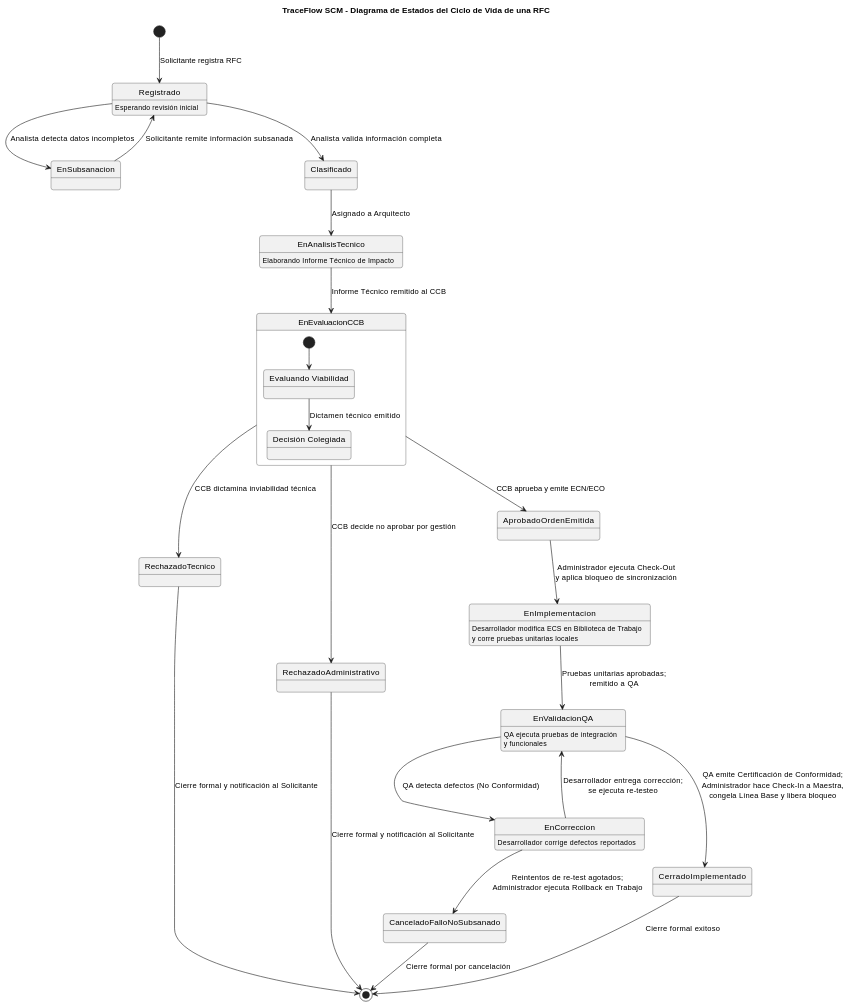
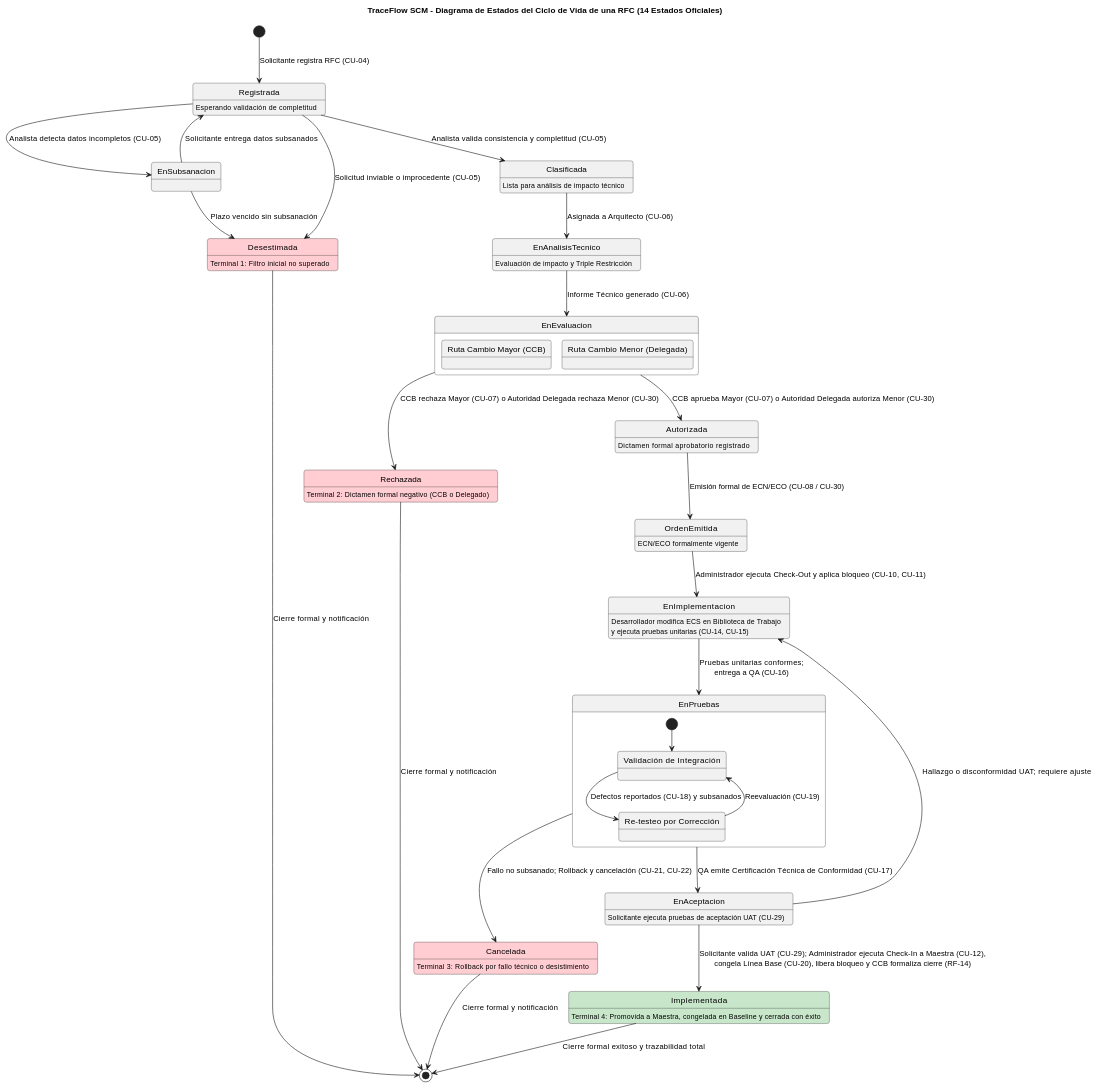
Diagram 11 of 41 in docs/DIAGRAMS.md (JMedina255/TraceFlow), drawn with PlantUML before and after one commit. The commit also changed other lines of this file and 3 other files, not shown here.

````diff
--- a/docs/DIAGRAMS.md
+++ b/docs/DIAGRAMS.md
@@ -1035,67 +1118,99 @@
 skinparam roundcorner 8
 skinparam defaultFontName Arial
 
-title <b>TraceFlow SCM - Diagrama de Estados del Ciclo de Vida de una RFC</b>
+title <b>TraceFlow SCM - Diagrama de Estados del Ciclo de Vida de una RFC (14 Estados Oficiales)</b>
 
-[*] --> Registrado : Solicitante registra RFC
+[*] --> Registrada : Solicitante registra RFC (CU-04)
 
-state Registrado {
-    Registrado : Esperando revisión inicial
+state Registrada {
+    Registrada : Esperando validación de completitud
 }
 
-Registrado --> EnSubsanacion : Analista detecta datos incompletos
-EnSubsanacion --> Registrado : Solicitante remite información subsanada
+Registrada --> EnSubsanacion : Analista detecta datos incompletos (CU-05)
+EnSubsanacion --> Registrada : Solicitante entrega datos subsanados
+EnSubsanacion --> Desestimada : Plazo vencido sin subsanación
 
-Registrado --> Clasificado : Analista valida información completa
-Clasificado --> EnAnalisisTecnico : Asignado a Arquitecto
+Registrada --> Clasificada : Analista valida consistencia y completitud (CU-05)
+Registrada --> Desestimada : Solicitud inviable o improcedente (CU-05)
+
+state Clasificada {
+    Clasificada : Lista para análisis de impacto técnico
+}
+
+Clasificada --> EnAnalisisTecnico : Asignada a Arquitecto (CU-06)
 
 state EnAnalisisTecnico {
-    EnAnalisisTecnico : Elaborando Informe Técnico de Impacto
+    EnAnalisisTecnico : Evaluación de impacto y Triple Restricción
 }
 
-EnAnalisisTecnico --> EnEvaluacionCCB : Informe Técnico remitido al CCB
+EnAnalisisTecnico --> EnEvaluacion : Informe Técnico generado (CU-06)
 
-state EnEvaluacionCCB {
-    state "Evaluando Viabilidad" as S_EVAL
-    state "Decisión Colegiada" as S_DEC
-    [*] --> S_EVAL
-    S_EVAL --> S_DEC : Dictamen técnico emitido
+state EnEvaluacion {
+    state "Ruta Cambio Mayor (CCB)" as S_MAYOR
+    state "Ruta Cambio Menor (Delegada)" as S_MENOR
 }
 
-EnEvaluacionCCB --> RechazadoTecnico : CCB dictamina inviabilidad técnica
-EnEvaluacionCCB --> RechazadoAdministrativo : CCB decide no aprobar por gestión
+EnEvaluacion --> Rechazada : CCB rechaza Mayor (CU-07) o Autoridad Delegada rechaza Menor (CU-30)
+EnEvaluacion --> Autorizada : CCB aprueba Mayor (CU-07) o Autoridad Delegada autoriza Menor (CU-30)
 
-RechazadoTecnico --> [*] : Cierre formal y notificación al Solicitante
-RechazadoAdministrativo --> [*] : Cierre formal y notificación al Solicitante
+state Autorizada {
+    Autorizada : Dictamen formal aprobatorio registrado
+}
 
-EnEvaluacionCCB --> AprobadoOrdenEmitida : CCB aprueba y emite ECN/ECO
+Autorizada --> OrdenEmitida : Emisión formal de ECN/ECO (CU-08 / CU-30)
 
-AprobadoOrdenEmitida --> EnImplementacion : Administrador ejecuta Check-Out\ny aplica bloqueo de sincronización
+state OrdenEmitida {
+    OrdenEmitida : ECN/ECO formalmente vigente
+}
+
+OrdenEmitida --> EnImplementacion : Administrador ejecuta Check-Out y aplica bloqueo (CU-10, CU-11)
 
 state EnImplementacion {
-    EnImplementacion : Desarrollador modifica ECS en Biblioteca de Trabajo\ny corre pruebas unitarias locales
+    EnImplementacion : Desarrollador modifica ECS en Biblioteca de Trabajo\ny ejecuta pruebas unitarias (CU-14, CU-15)
 }
 
-EnImplementacion --> EnValidacionQA : Pruebas unitarias aprobadas;\nremitido a QA
+EnImplementacion --> EnPruebas : Pruebas unitarias conformes;\nentrega a QA (CU-16)
 
-state EnValidacionQA {
-    EnValidacionQA : QA ejecuta pruebas de integración\ny funcionales
+state EnPruebas {
+    state "Validación de Integración" as S_INTEG
+    state "Re-testeo por Corrección" as S_RETEST
+    [*] --> S_INTEG
+    S_INTEG --> S_RETEST : Defectos reportados (CU-18) y subsanados
+    S_RETEST --> S_INTEG : Reevaluación (CU-19)
 }
 
-EnValidacionQA --> EnCorreccion : QA detecta defectos (No Conformidad)
+EnPruebas --> Cancelada : Fallo no subsanado; Rollback y cancelación (CU-21, CU-22)
+EnPruebas --> EnAceptacion : QA emite Certificación Técnica de Conformidad (CU-17)
 
-state EnCorreccion {
-    EnCorreccion : Desarrollador corrige defectos reportados
+state EnAceptacion {
+    EnAceptacion : Solicitante ejecuta pruebas de aceptación UAT (CU-29)
 }
 
-EnCorreccion --> EnValidacionQA : Desarrollador entrega corrección;\nse ejecuta re-testeo
+EnAceptacion --> EnImplementacion : Hallazgo o disconformidad UAT; requiere ajuste
+EnAceptacion --> Implementada : Solicitante valida UAT (CU-29); Administrador ejecuta Check-In a Maestra (CU-12),\ncongela Línea Base (CU-20), libera bloqueo y CCB formaliza cierre (RF-14)
 
-EnCorreccion --> CanceladoFalloNoSubsanado : Reintentos de re-test agotados;\nAdministrador ejecuta Rollback en Trabajo
+' =========================================================
+' ESTADOS TERMINALES (4 Estados Normativos)
+' =========================================================
+state Desestimada #FFCDD2 {
+    Desestimada : Terminal 1: Filtro inicial no superado
+}
 
-CanceladoFalloNoSubsanado --> [*] : Cierre formal por cancelación
+state Rechazada #FFCDD2 {
+    Rechazada : Terminal 2: Dictamen formal negativo (CCB o Delegado)
+}
 
-EnValidacionQA --> CerradoImplementado : QA emite Certificación de Conformidad;\nAdministrador hace Check-In a Maestra,\ncongela Línea Base y libera bloqueo
+state Cancelada #FFCDD2 {
+    Cancelada : Terminal 3: Rollback por fallo técnico o desistimiento
+}
 
-CerradoImplementado --> [*] : Cierre formal exitoso
+state Implementada #C8E6C9 {
+    Implementada : Terminal 4: Promovida a Maestra, congelada en Baseline y cerrada con éxito
+}
+
+Desestimada --> [*] : Cierre formal y notificación
+Rechazada --> [*] : Cierre formal y notificación
+Cancelada --> [*] : Cierre formal y notificación
+Implementada --> [*] : Cierre formal exitoso y trazabilidad total
 @enduml
 ```
````
